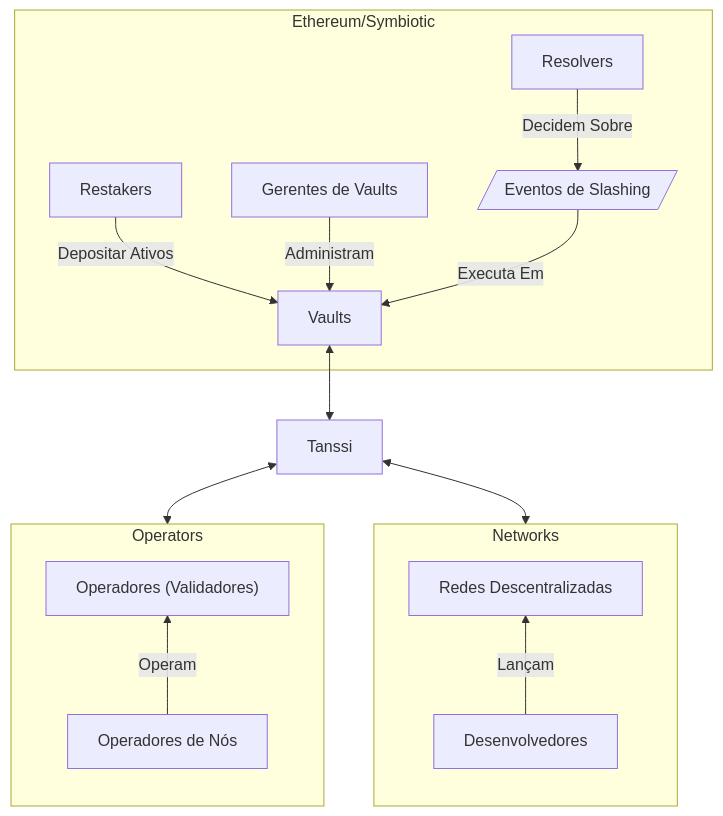
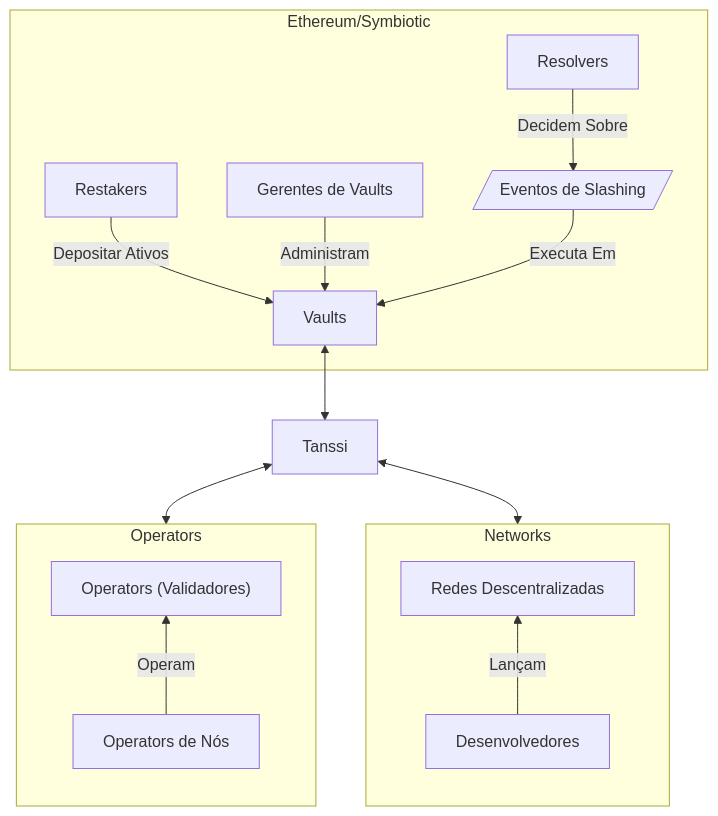
Before and after one commit to moondance-labs/tanssi-docs: the first of 6 diagrams in pt/learn/tanssi/external-security-providers/symbiotic.md, drawn with Mermaid. The commit also changed other lines of this file and 103 other files, not shown here.

````diff
--- a/pt/learn/tanssi/external-security-providers/symbiotic.md
+++ b/pt/learn/tanssi/external-security-providers/symbiotic.md
@@ -24,31 +24,31 @@
 ```mermaid
 flowchart TD
     %% Vaults subgraph
     subgraph Ethereum["Ethereum/Symbiotic"]
         slash[/Eventos de Slashing/]
         Restakers -- Depositar Ativos --> Vaults
         manager["Gerentes de Vaults"] -- Administram --> Vaults
         Resolvers -- Decidem Sobre --> slash
         slash -- Executa Em --> Vaults
     end
 
     %% Operators subgraph
     subgraph Operators
         direction BT
-        operators["Operadores (Validadores)"]
-        node_operators["Operadores de Nós"]
+        operators["Operators (Validadores)"]
+        node_operators["Operators de Nós"]
         node_operators -- Operam --> operators
     end
 
     %% Networks subgraph
     subgraph Networks
         direction BT
         developers["Desenvolvedores"]
         networks["Redes Descentralizadas"]
         developers -- Lançam --> networks
     end
 
     Vaults <--> Tanssi
     Tanssi <--> Operators
     Tanssi <--> Networks
 ```
````
